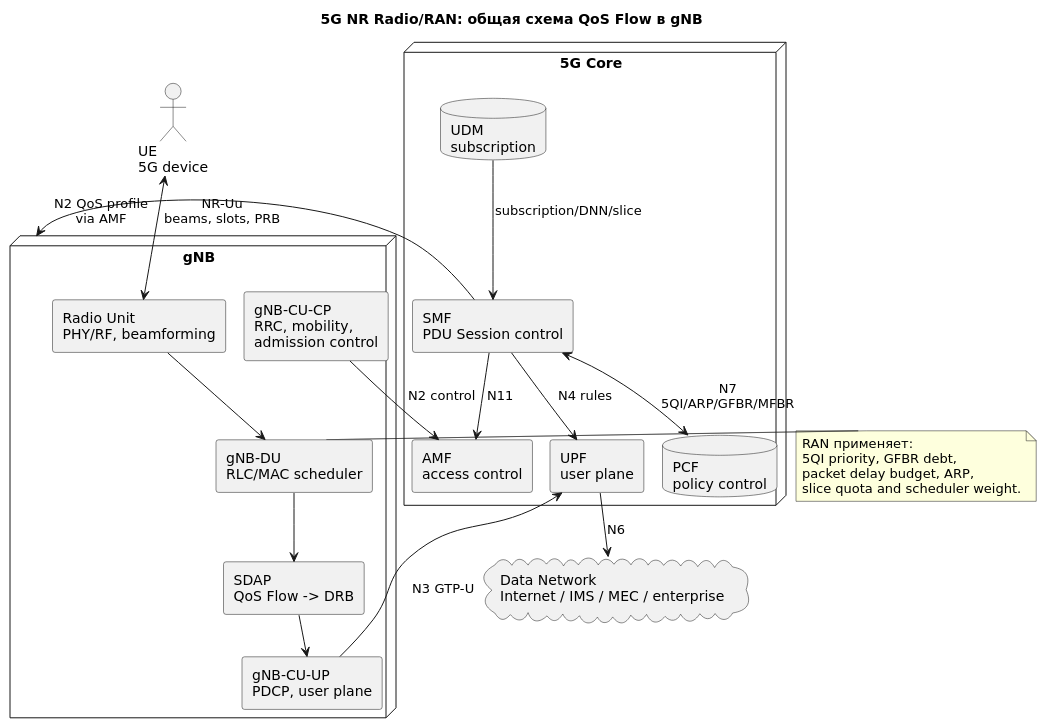
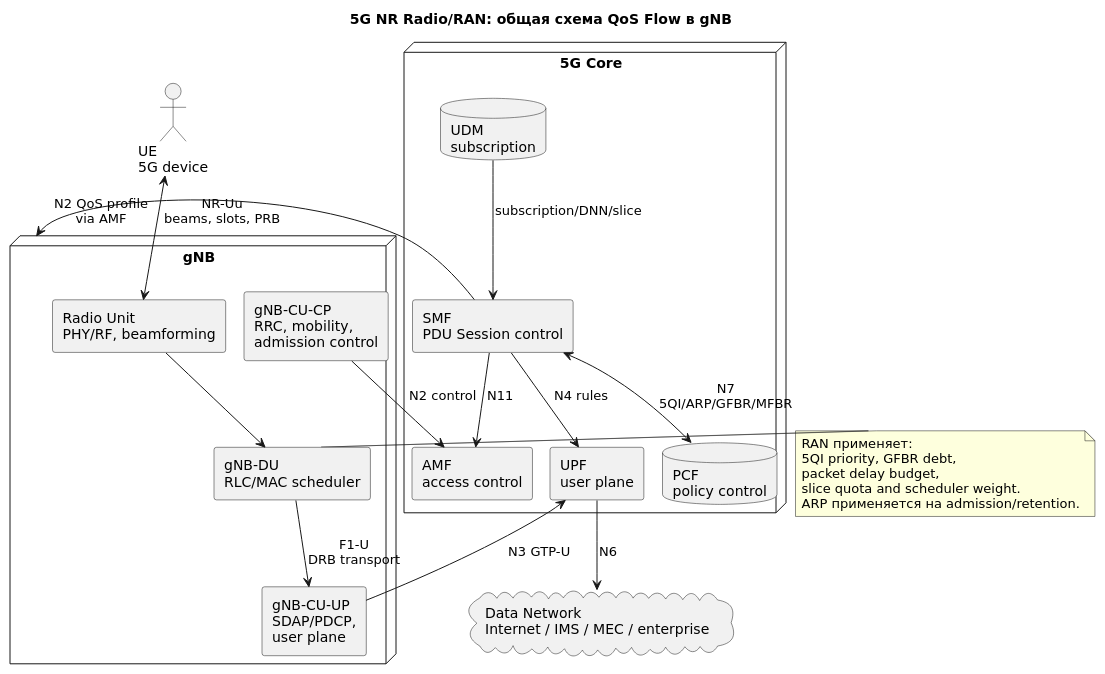
One commit to jvbistrue-art/Analitics changed the diagram in docs/mobile-network-qos/diagrams/src/5g-radio-common.puml. Above: the diagram before and after it, drawn with PlantUML. The commit also changed 24 other files, not shown here.

```diff
--- a/docs/mobile-network-qos/diagrams/src/5g-radio-common.puml
+++ b/docs/mobile-network-qos/diagrams/src/5g-radio-common.puml
@@ -1,44 +1,43 @@
 @startuml 5g-radio-common
 !pragma layout smetana
 skinparam componentStyle rectangle
 skinparam shadowing false
 skinparam defaultFontName DejaVu Sans
 title 5G NR Radio/RAN: общая схема QoS Flow в gNB
 
 actor "UE\n5G device" as UE
 node "gNB" as GNB {
   rectangle "gNB-CU-CP\nRRC, mobility,\nadmission control" as CUCP
-  rectangle "gNB-CU-UP\nPDCP, user plane" as CUUP
+  rectangle "gNB-CU-UP\nSDAP/PDCP,\nuser plane" as CUUP
   rectangle "gNB-DU\nRLC/MAC scheduler" as DU
   rectangle "Radio Unit\nPHY/RF, beamforming" as RU
-  rectangle "SDAP\nQoS Flow -> DRB" as SDAP
 }
 node "5G Core" as CORE {
   rectangle "AMF\naccess control" as AMF
   rectangle "SMF\nPDU Session control" as SMF
   rectangle "UPF\nuser plane" as UPF
   database "PCF\npolicy control" as PCF
   database "UDM\nsubscription" as UDM
 }
 cloud "Data Network\nInternet / IMS / MEC / enterprise" as DN
 
 UE <--> RU : NR-Uu\nbeams, slots, PRB
 RU --> DU
-DU --> SDAP
-SDAP --> CUUP
+DU --> CUUP : F1-U\nDRB transport
 CUCP --> AMF : N2 control
 CUUP --> UPF : N3 GTP-U
 SMF --> UPF : N4 rules
 SMF --> AMF : N11
 SMF <--> PCF : N7\n5QI/ARP/GFBR/MFBR
 SMF --> GNB : N2 QoS profile\nvia AMF
 UPF --> DN : N6
 UDM --> SMF : subscription/DNN/slice
 
 note right of DU
 RAN применяет:
 5QI priority, GFBR debt,
-packet delay budget, ARP,
+packet delay budget,
 slice quota and scheduler weight.
+ARP применяется на admission/retention.
 end note
 @enduml
```
